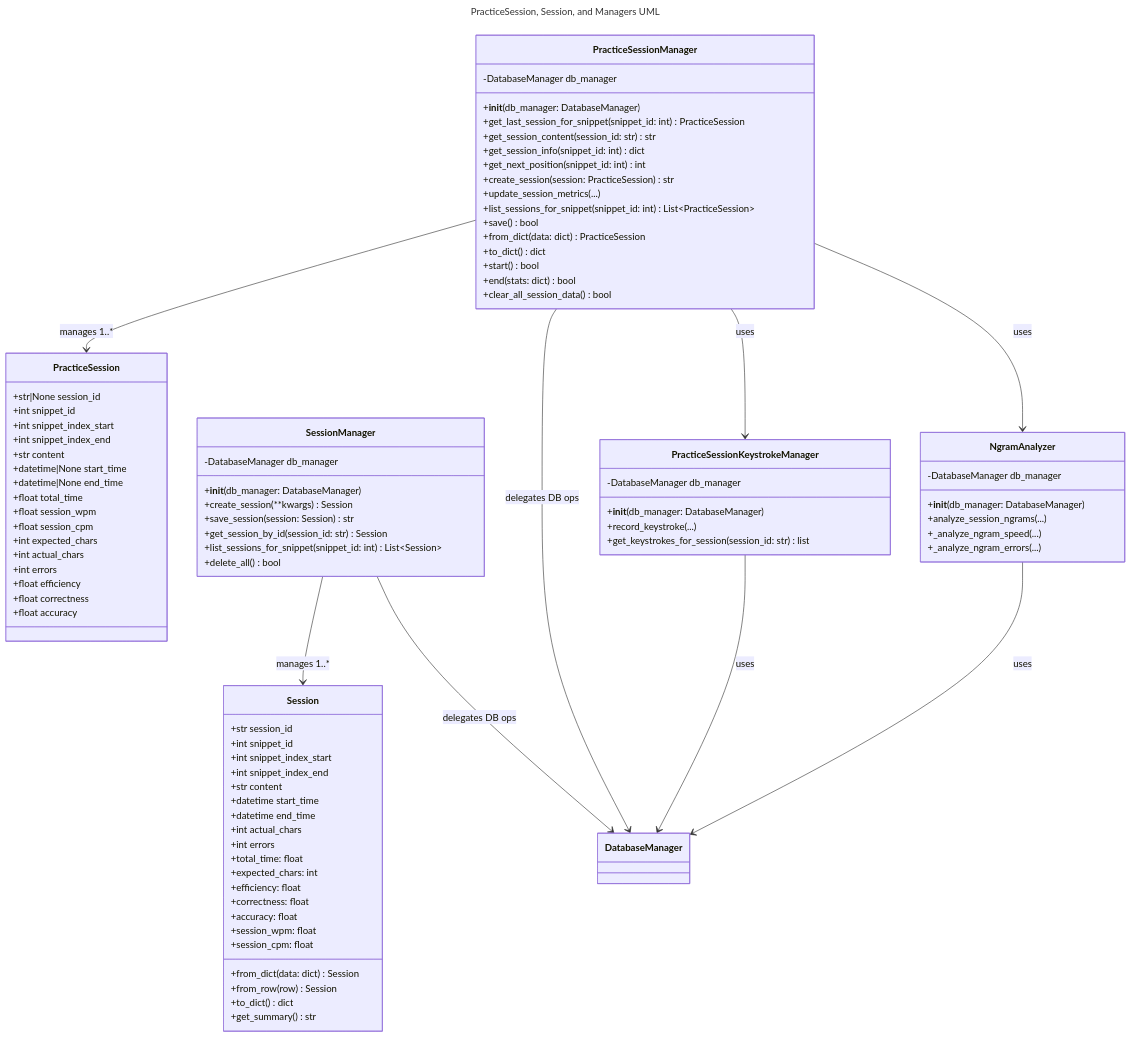
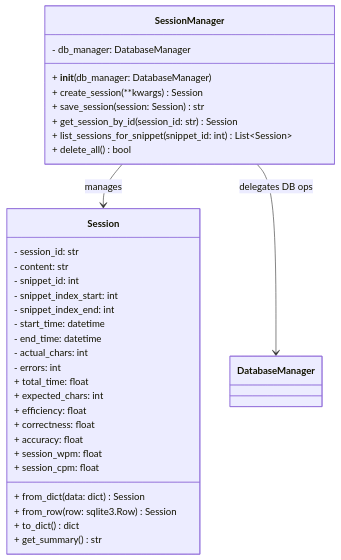
Before and after one commit to SeanAdams10/AITypingTrainer: the diagram in Prompts/PracticeSession.md, drawn with Mermaid. The commit also changed other lines of this file and 22 other files, not shown here.

````diff
--- a/Prompts/PracticeSession.md
+++ b/Prompts/PracticeSession.md
@@ -105,93 +105,36 @@
 ```mermaid
----
-title: PracticeSession, Session, and Managers UML
----
 classDiagram
     class Session {
-        +str session_id
-        +int snippet_id
-        +int snippet_index_start
-        +int snippet_index_end
-        +str content
-        +datetime start_time
-        +datetime end_time
-        +int actual_chars
-        +int errors
-        +from_dict(data: dict) Session
-        +from_row(row) Session
-        +to_dict() dict
-        +get_summary() str
-        +total_time: float
-        +expected_chars: int
-        +efficiency: float
-        +correctness: float
-        +accuracy: float
-        +session_wpm: float
-        +session_cpm: float
-    }
-    class PracticeSession {
-        +str|None session_id
-        +int snippet_id
-        +int snippet_index_start
-        +int snippet_index_end
-        +str content
-        +datetime|None start_time
-        +datetime|None end_time
-        +float total_time
-        +float session_wpm
-        +float session_cpm
-        +int expected_chars
-        +int actual_chars
-        +int errors
-        +float efficiency
-        +float correctness
-        +float accuracy
+        - session_id: str
+        - content: str
+        - snippet_id: int
+        - snippet_index_start: int
+        - snippet_index_end: int
+        - start_time: datetime
+        - end_time: datetime
+        - actual_chars: int
+        - errors: int
+        + from_dict(data: dict) Session
+        + from_row(row: sqlite3.Row) Session
+        + to_dict() dict
+        + get_summary() str
+        + total_time: float
+        + expected_chars: int
+        + efficiency: float
+        + correctness: float
+        + accuracy: float
+        + session_wpm: float
+        + session_cpm: float
     }
     class SessionManager {
-        -DatabaseManager db_manager
-        +__init__(db_manager: DatabaseManager)
-        +create_session(**kwargs) Session
-        +save_session(session: Session) str
-        +get_session_by_id(session_id: str) Session
-        +list_sessions_for_snippet(snippet_id: int) List~Session~
-        +delete_all() bool
+        - db_manager: DatabaseManager
+        + __init__(db_manager: DatabaseManager)
+        + create_session(**kwargs) Session
+        + save_session(session: Session) str
+        + get_session_by_id(session_id: str) Session
+        + list_sessions_for_snippet(snippet_id: int) List~Session~
+        + delete_all() bool
     }
-    class PracticeSessionManager {
-        -DatabaseManager db_manager
-        +__init__(db_manager: DatabaseManager)
-        +get_last_session_for_snippet(snippet_id: int) PracticeSession
-        +get_session_content(session_id: str) str
-        +get_session_info(snippet_id: int) dict
-        +get_next_position(snippet_id: int) int
-        +create_session(session: PracticeSession) str
-        +update_session_metrics(...)
-        +list_sessions_for_snippet(snippet_id: int) List~PracticeSession~
-        +save() bool
-        +from_dict(data: dict) PracticeSession
-        +to_dict() dict
-        +start() bool
-        +end(stats: dict) bool
-        +clear_all_session_data() bool
-    }
-    class PracticeSessionKeystrokeManager {
-        -DatabaseManager db_manager
-        +__init__(db_manager: DatabaseManager)
-        +record_keystroke(...)
-        +get_keystrokes_for_session(session_id: str) list
-    }
-    class NgramAnalyzer {
-        -DatabaseManager db_manager
-        +__init__(db_manager: DatabaseManager)
-        +analyze_session_ngrams(...)
-        +_analyze_ngram_speed(...)
-        +_analyze_ngram_errors(...)
-    }
-    SessionManager --> Session : manages 1..*
+    SessionManager --> Session : manages
     SessionManager --> DatabaseManager : delegates DB ops
-    PracticeSessionManager --> PracticeSession : manages 1..*
-    PracticeSessionManager --> DatabaseManager : delegates DB ops
-    PracticeSessionKeystrokeManager --> DatabaseManager : uses
-    NgramAnalyzer --> DatabaseManager : uses
-    PracticeSessionManager --> PracticeSessionKeystrokeManager : uses
-    PracticeSessionManager --> NgramAnalyzer : uses
 ```
````
